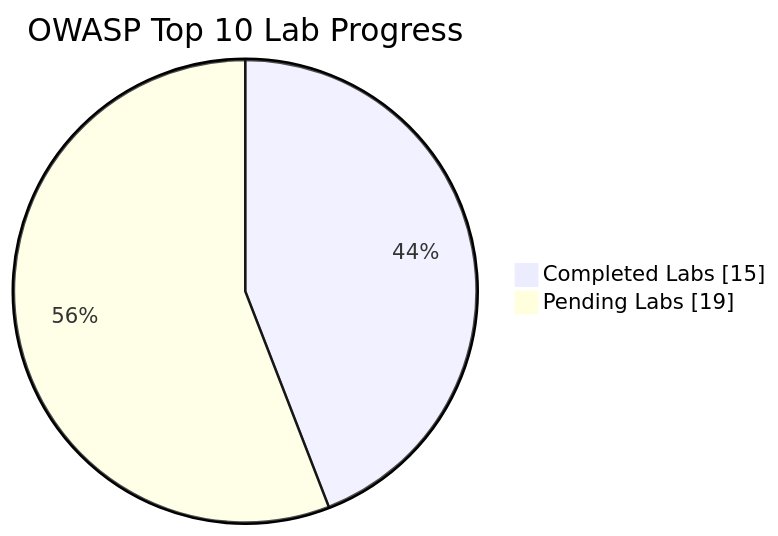
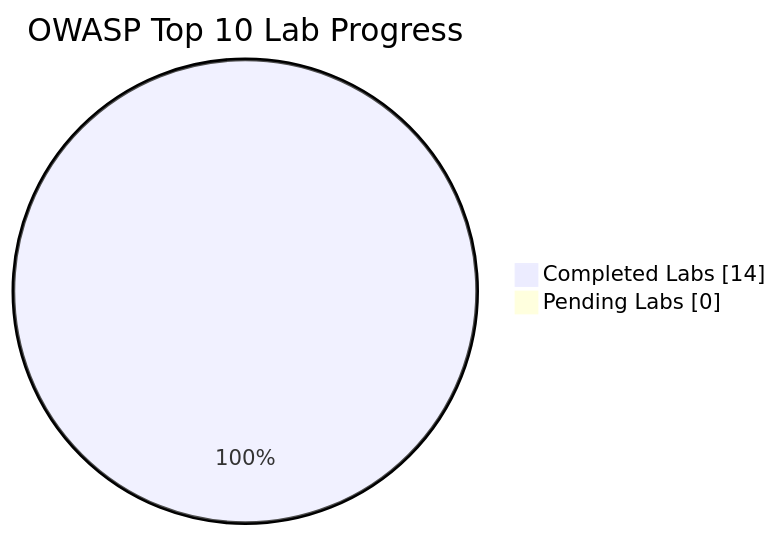
The diagram in README.md (Nish344/owasp-top10-web-security), drawn with Mermaid before and after one commit. The commit also changed other lines of this file and 1 other file, not shown here.

Commit message:
chore(docs): regenerate READMEs [skip ci]
Updated 2 README file(s)

Automated commit by GitHub Actions

````diff
--- a/README.md
+++ b/README.md
@@ -12,6 +12,6 @@
 ```mermaid
 pie showData
   title OWASP Top 10 Lab Progress
-  "Completed Labs" : 15
-  "Pending Labs" : 19
+  "Completed Labs" : 14
+  "Pending Labs" : 0
 ```
````
